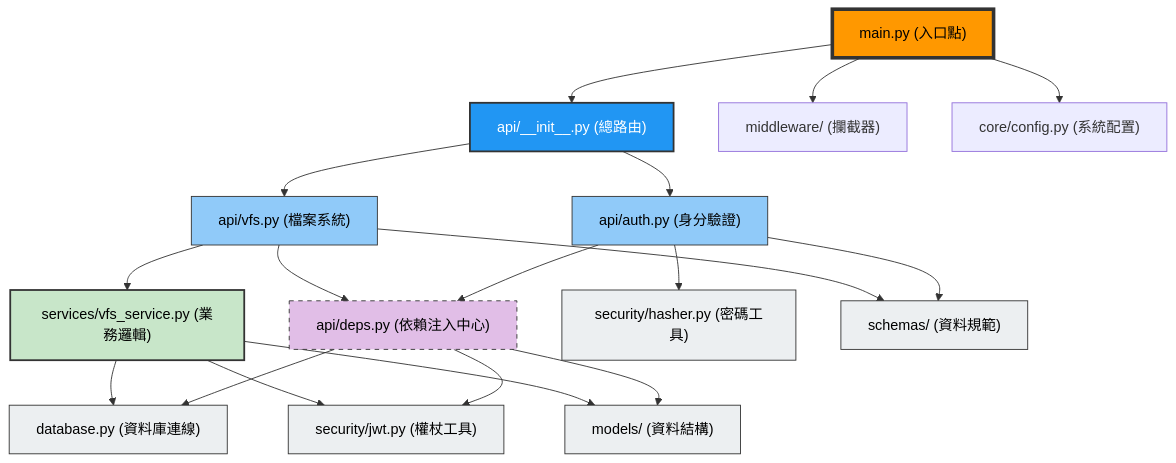
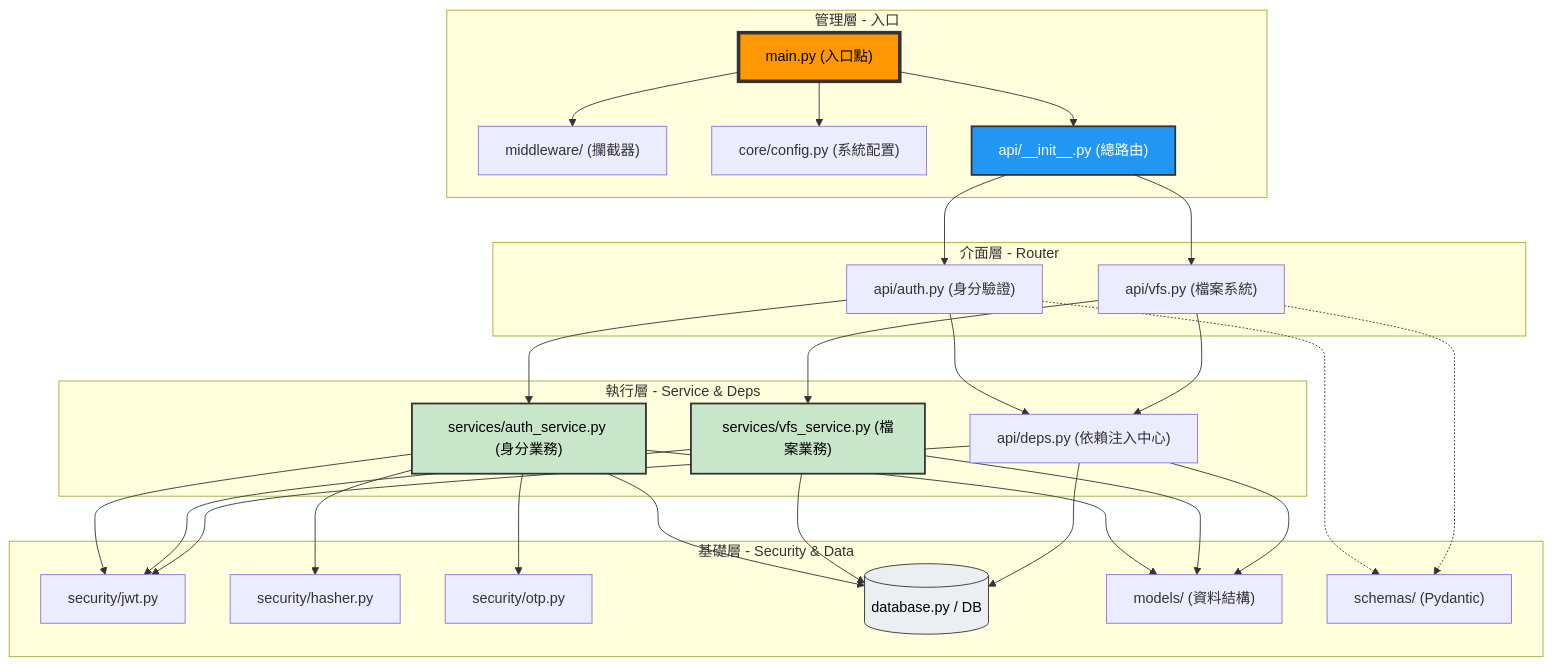
Before and after one commit to Salt-Shio/FileBrowser: the diagram in dev/system_structure.md, drawn with Mermaid. The commit also changed 2 other files, not shown here.

Commit message:
調整 auth 的架構，多出 auth_service，對其 vfs 的設計

````diff
--- a/dev/system_structure.md
+++ b/dev/system_structure.md
@@ -5,66 +5,69 @@
 ```mermaid
 graph TD
-    %% 頂層入口
-    MAIN["main.py (入口點)"]
+    subgraph Layer_1 [管理層 - 入口]
+        MAIN["main.py (入口點)"]
+        MIDDLEWARE["middleware/ (攔截器)"]
+        CORE["core/config.py (系統配置)"]
+        API_INIT["api/__init__.py (總路由)"]
+    end
 
-    %% 中間層
-    API_INIT["api/__init__.py (總路由)"]
-    MIDDLEWARE["middleware/ (攔截器)"]
-    CORE["core/config.py (系統配置)"]
+    subgraph Layer_2 [介面層 - Router]
+        AUTH_API["api/auth.py (身分驗證)"]
+        VFS_API["api/vfs.py (檔案系統)"]
+    end
 
-    %% 業務分流層
-    AUTH_API["api/auth.py (身分驗證)"]
-    VFS_API["api/vfs.py (檔案系統)"]
+    subgraph Layer_3 [執行層 - Service & Deps]
+        AUTH_SVC["services/auth_service.py (身分業務)"]
+        VFS_SVC["services/vfs_service.py (檔案業務)"]
+        DEPS["api/deps.py (依賴注入中心)"]
+    end
 
-    %% 依賴與邏輯層
-    DEPS["api/deps.py (依賴注入中心)"]
-    VFS_SVC["services/vfs_service.py (業務邏輯)"]
-
-    %% 底層工具與資料
-    JWT["security/jwt.py (權杖工具)"]
-    HASHER["security/hasher.py (密碼工具)"]
-    MODELS["models/ (資料結構)"]
-    DB["database.py (資料庫連線)"]
-    SCHEMAS["schemas/ (資料規範)"]
+    subgraph Layer_4 [基礎層 - Security & Data]
+        JWT["security/jwt.py"]
+        HASHER["security/hasher.py"]
+        OTP["security/otp.py"]
+        DB[("database.py / DB")]
+        MODELS["models/ (資料結構)"]
+        SCHEMAS["schemas/ (Pydantic)"]
+    end
 
     %% 調用關係
     MAIN --> MIDDLEWARE
     MAIN --> CORE
     MAIN --> API_INIT
 
     API_INIT --> AUTH_API
     API_INIT --> VFS_API
 
-    %% API 依賴關係
+    %% 業務與依賴
+    AUTH_API --> AUTH_SVC
     AUTH_API --> DEPS
+    VFS_API --> VFS_SVC
     VFS_API --> DEPS
-    VFS_API --> VFS_SVC
 
-    %% 依賴注入的流向
+    %% 執行層調用基礎層
+    AUTH_SVC --> JWT
+    AUTH_SVC --> HASHER
+    AUTH_SVC --> OTP
+    AUTH_SVC --> DB
+    AUTH_SVC --> MODELS
+
+    VFS_SVC --> DB
+    VFS_SVC --> MODELS
+    VFS_SVC --> JWT
+
     DEPS --> DB
     DEPS --> JWT
     DEPS --> MODELS
 
-    %% Service 的流向
-    VFS_SVC --> DB
-    VFS_SVC --> MODELS
-    VFS_SVC --> JWT
+    %% Schema 調用
+    AUTH_API -.-> SCHEMAS
+    VFS_API -.-> SCHEMAS
 
-    %% 跨模組工具
-    AUTH_API --> HASHER
-    AUTH_API --> SCHEMAS
-    VFS_API --> SCHEMAS
-
-    %% 樣式美化 (高對比度配色)
+    %% 樣式美化
     style MAIN fill:#FF9800,stroke:#333,stroke-width:4px,color:#000
     style API_INIT fill:#2196F3,stroke:#333,stroke-width:2px,color:#fff
-    style AUTH_API fill:#90CAF9,stroke:#333,color:#000
-    style VFS_API fill:#90CAF9,stroke:#333,color:#000
-    style DEPS fill:#E1BEE7,stroke:#333,stroke-dasharray: 5 5,color:#000
+    style AUTH_SVC fill:#C8E6C9,stroke:#333,stroke-width:2px,color:#000
     style VFS_SVC fill:#C8E6C9,stroke:#333,stroke-width:2px,color:#000
-    style JWT fill:#ECEFF1,stroke:#333,color:#000
-    style HASHER fill:#ECEFF1,stroke:#333,color:#000
-    style MODELS fill:#ECEFF1,stroke:#333,color:#000
     style DB fill:#ECEFF1,stroke:#333,color:#000
-    style SCHEMAS fill:#ECEFF1,stroke:#333,color:#000
 ```
````
